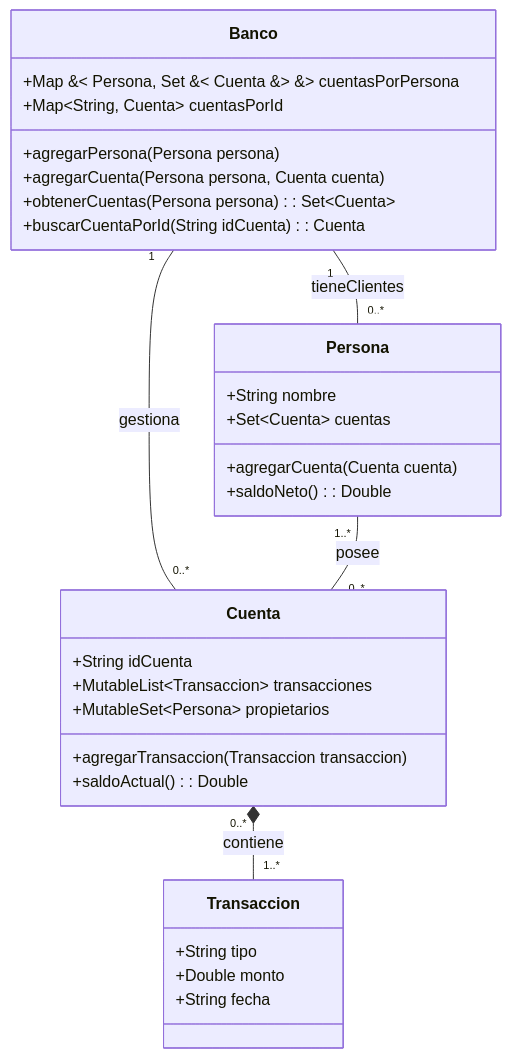
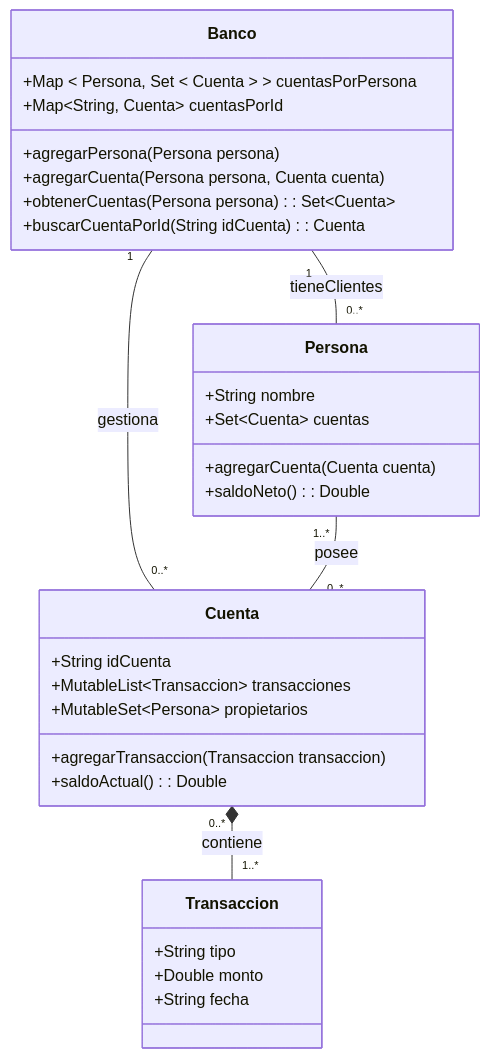
One commit to DiegoMartindeAndres/Labos-PSM changed the diagram in labo03/colecciones/RetoBancario.md. Above: the diagram before and after it, drawn with Mermaid.

Commit message:
Otra prueba diagrama de clases

````diff
--- a/labo03/colecciones/RetoBancario.md
+++ b/labo03/colecciones/RetoBancario.md
@@ -15,38 +15,38 @@
 ```mermaid
 classDiagram
     class Banco {
-        +Map &#60; Persona, Set &#60; Cuenta &#62; &#62; cuentasPorPersona
+        +Map < Persona, Set < Cuenta > > cuentasPorPersona
         +Map~String, Cuenta~ cuentasPorId
         +agregarPersona(Persona persona)
         +agregarCuenta(Persona persona, Cuenta cuenta)
         +obtenerCuentas(Persona persona): Set~Cuenta~
         +buscarCuentaPorId(String idCuenta): Cuenta
     }
 
     class Persona {
         +String nombre
         +Set~Cuenta~ cuentas
         +agregarCuenta(Cuenta cuenta)
         +saldoNeto(): Double
     }
 
     class Cuenta {
         +String idCuenta
         +MutableList~Transaccion~ transacciones
         +MutableSet~Persona~ propietarios
         +agregarTransaccion(Transaccion transaccion)
         +saldoActual(): Double
     }
 
     class Transaccion {
         +String tipo
         +Double monto
         +String fecha
     }
 
     Banco "1" -- "0..*" Persona: tieneClientes
     Banco "1" -- "0..*" Cuenta: gestiona
     Persona "1..*" -- "0..*" Cuenta: posee
     Cuenta "0..*" *-- "1..*" Transaccion: contiene
 
 ```
````
